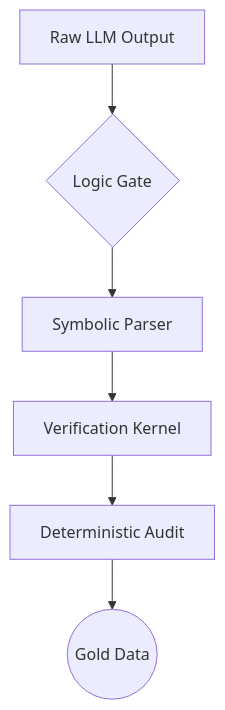
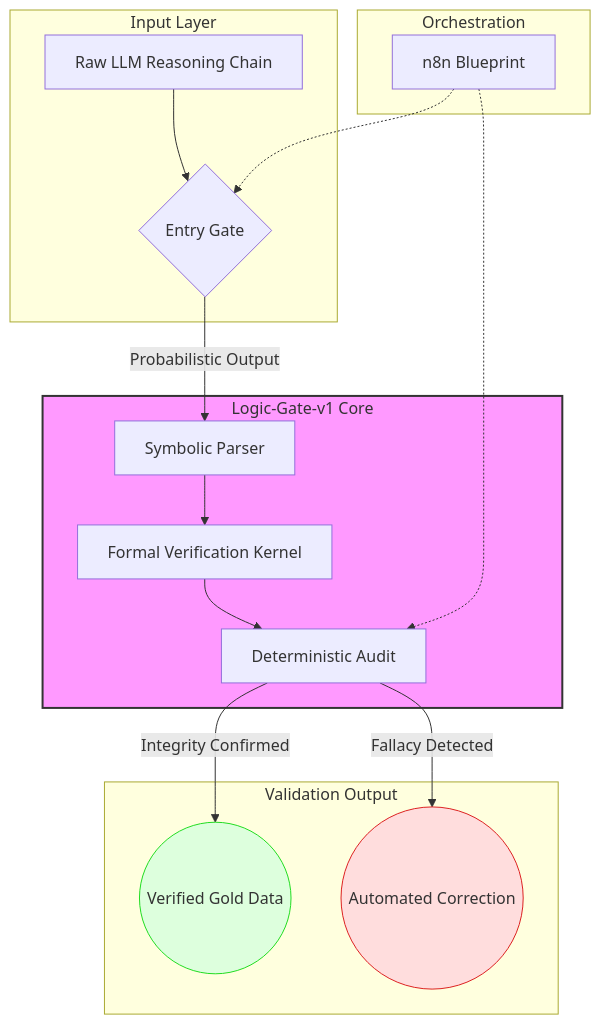
One commit to hafid-logic/logic-gate-verification changed the diagram in README.md. Above: the diagram before and after it, drawn with Mermaid. The commit also changed other lines of this file, not shown here.

````diff
--- a/README.md
+++ b/README.md
@@ -7,8 +8,26 @@
 ```mermaid
 graph TD
-    A[Raw LLM Output] --> B{Logic Gate}
-    B --> C[Symbolic Parser]
-    C --> D[Verification Kernel]
-    D --> E[Deterministic Audit]
-    E --> F((Gold Data))
+    subgraph Input_Layer [Input Layer]
+        A[Raw LLM Reasoning Chain] --> B{Entry Gate}
+    end
+
+    subgraph Logic_Gate_Engine [Logic-Gate-v1 Core]
+        B -- Probabilistic Output --> C[Symbolic Parser]
+        C --> D[Formal Verification Kernel]
+        D --> E[Deterministic Audit]
+    end
+
+    subgraph Validation_Output [Validation Output]
+        E -- Integrity Confirmed --> F((Verified Gold Data))
+        E -- Fallacy Detected --> G((Automated Correction))
+    end
+
+    subgraph Orchestration [Orchestration]
+        H[n8n Blueprint] -.-> B
+        H -.-> E
+    end
+
+    style Logic_Gate_Engine fill:#f9f,stroke:#333,stroke-width:2px
+    style F fill:#dfd,stroke:#2d2
+    style G fill:#fdd,stroke:#d22
 ```
````
